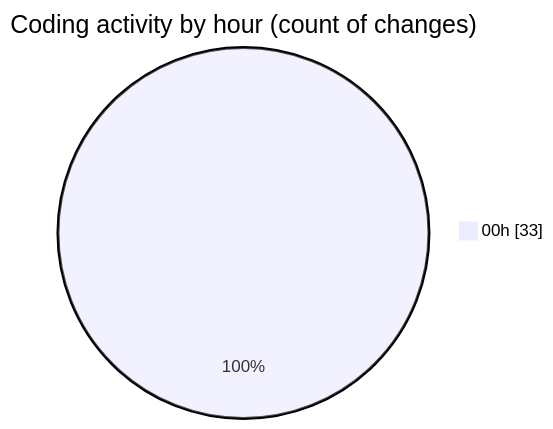
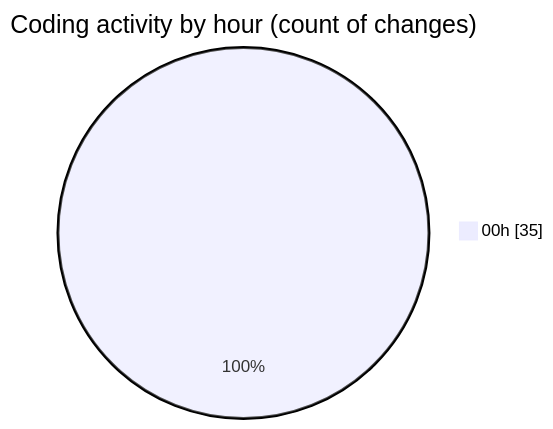
The second of 2 diagrams in 2025-03-08/uber_clone/README.md (donsfak/code-tracking), drawn with Mermaid before and after one commit. The commit also changed other lines of this file and 1 other file, not shown here.

````diff
--- a/2025-03-08/uber_clone/README.md
+++ b/2025-03-08/uber_clone/README.md
@@ -29,5 +29,5 @@
 ```mermaid
 pie showData
 title Coding activity by hour (count of changes)
-"00h" : 33
+"00h" : 35
 ```
````
